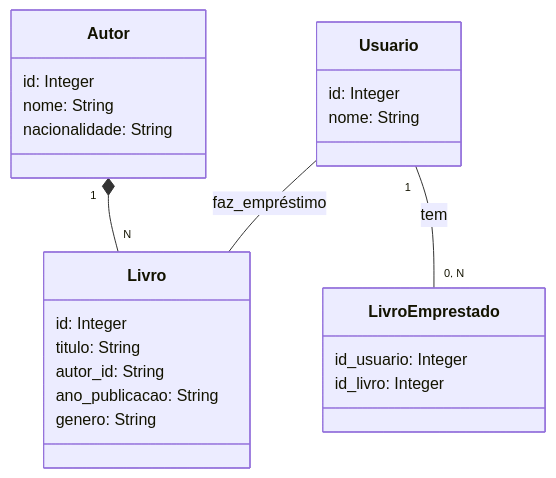
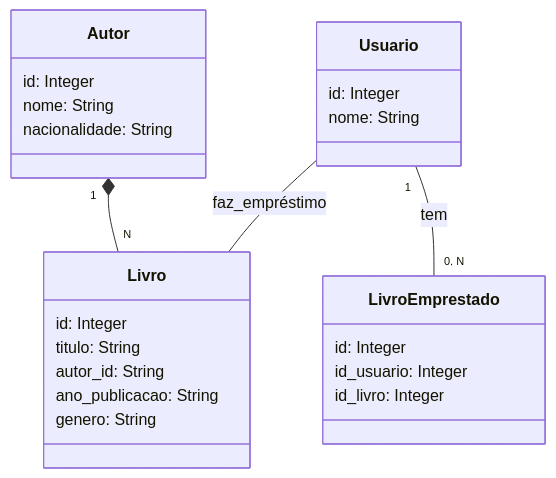
The diagram in santander-dev-week-2023/README.MD (rafael2051/Controle-de-Fluxo---Desafio), drawn with Mermaid before and after one commit.

````diff
--- a/santander-dev-week-2023/README.MD
+++ b/santander-dev-week-2023/README.MD
@@ -6,31 +6,32 @@
 ```mermaid
 classDiagram
     class Livro {
         id: Integer
         titulo: String
         autor_id: String
         ano_publicacao: String
         genero: String
     }
 
     class Autor {
         id: Integer
         nome: String
         nacionalidade: String
     }
 
     class Usuario {
         id: Integer
         nome: String
     }
 
     class LivroEmprestado {
+        id: Integer
         id_usuario: Integer
         id_livro: Integer
     }
 
     Autor "1" *-- "N" Livro
     Usuario "1" -- "0, N" LivroEmprestado : tem
     Usuario -- Livro : faz_empréstimo
 
 ```
````
